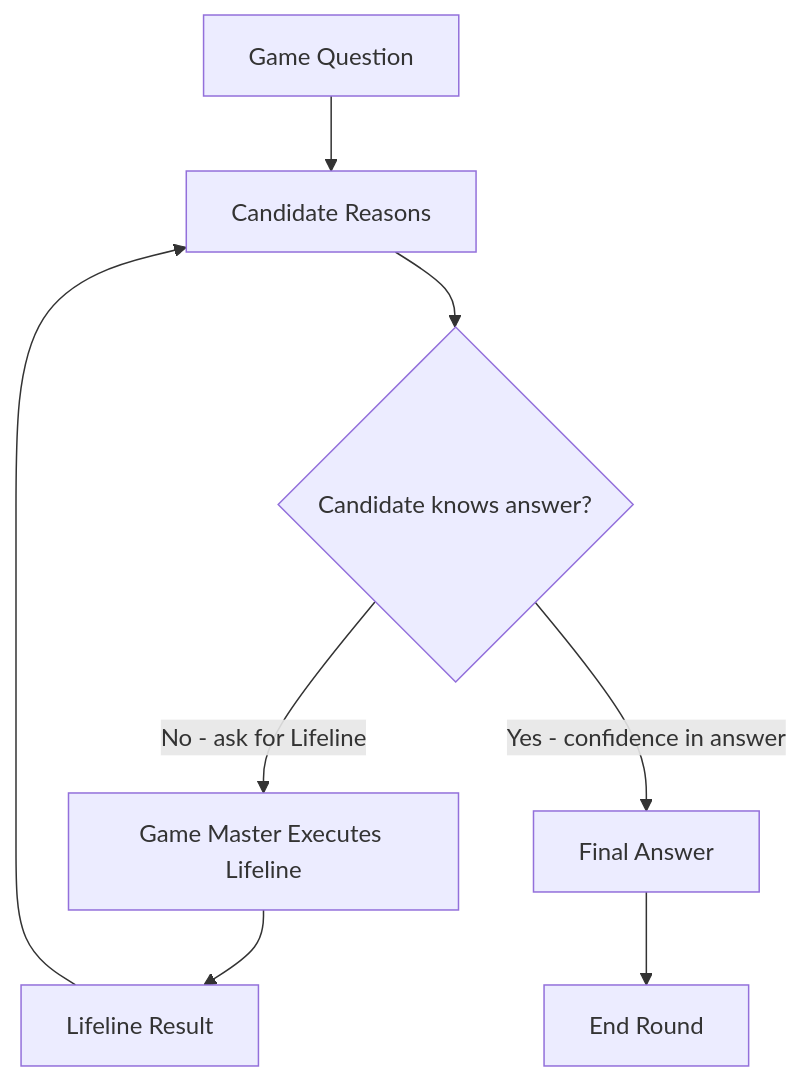
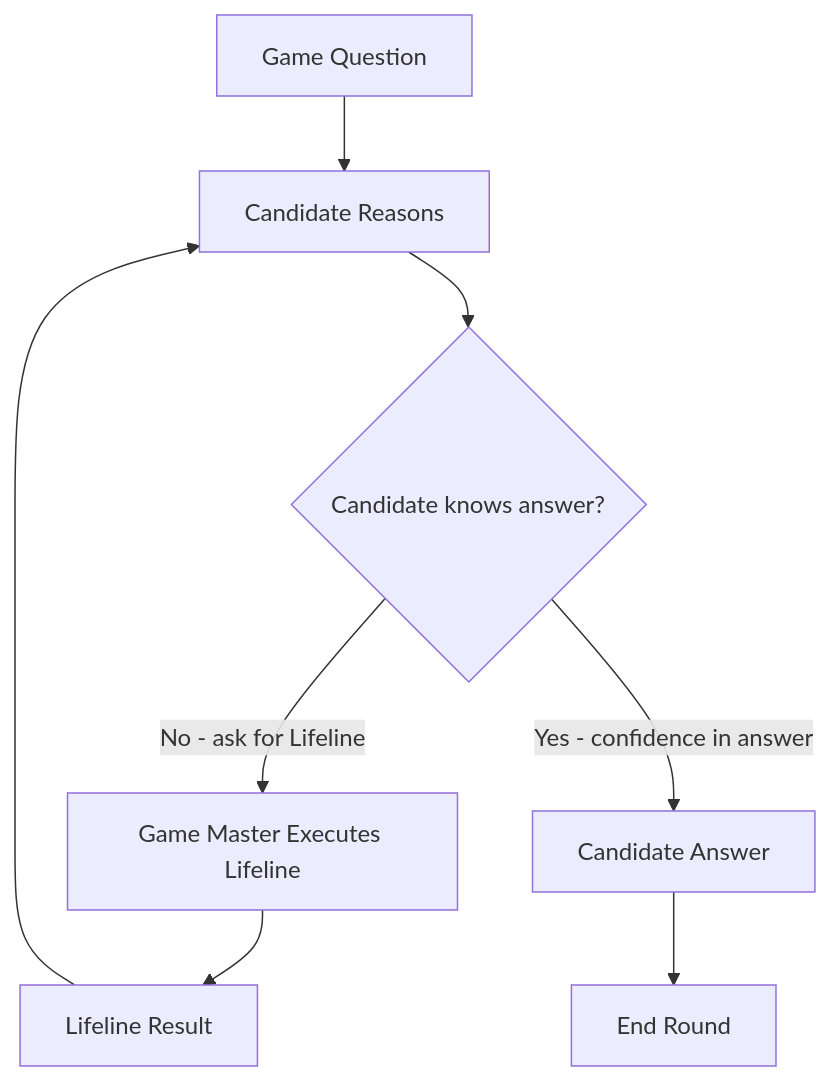
Before and after one commit to Orbiter/vibe-coding-workshop: the diagram in README.md, drawn with Mermaid. The commit also changed other lines of this file, not shown here.

````diff
--- a/README.md
+++ b/README.md
@@ -53,10 +123,10 @@
 ```mermaid
 flowchart TD
     Q[Game Question] --> C[Candidate Reasons]
     C -->L{Candidate knows answer?}
     L -->|No - ask for Lifeline| GM[Game Master Executes Lifeline]
     GM --> R[Lifeline Result]
     R --> C
-    L -->|Yes - confidence in answer| A[Final Answer]
+    L -->|Yes - confidence in answer| A[Candidate Answer]
     A --> End[End Round]
 ```
````
